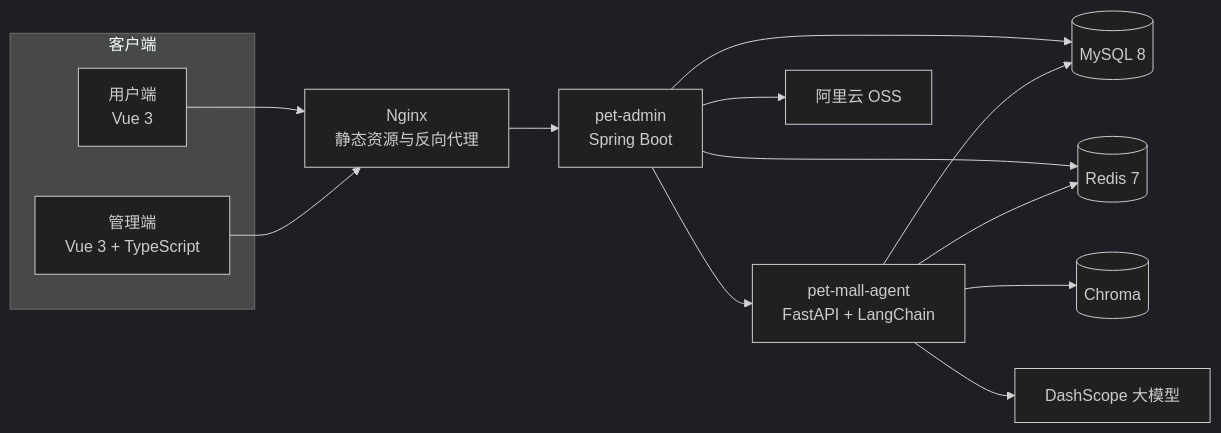
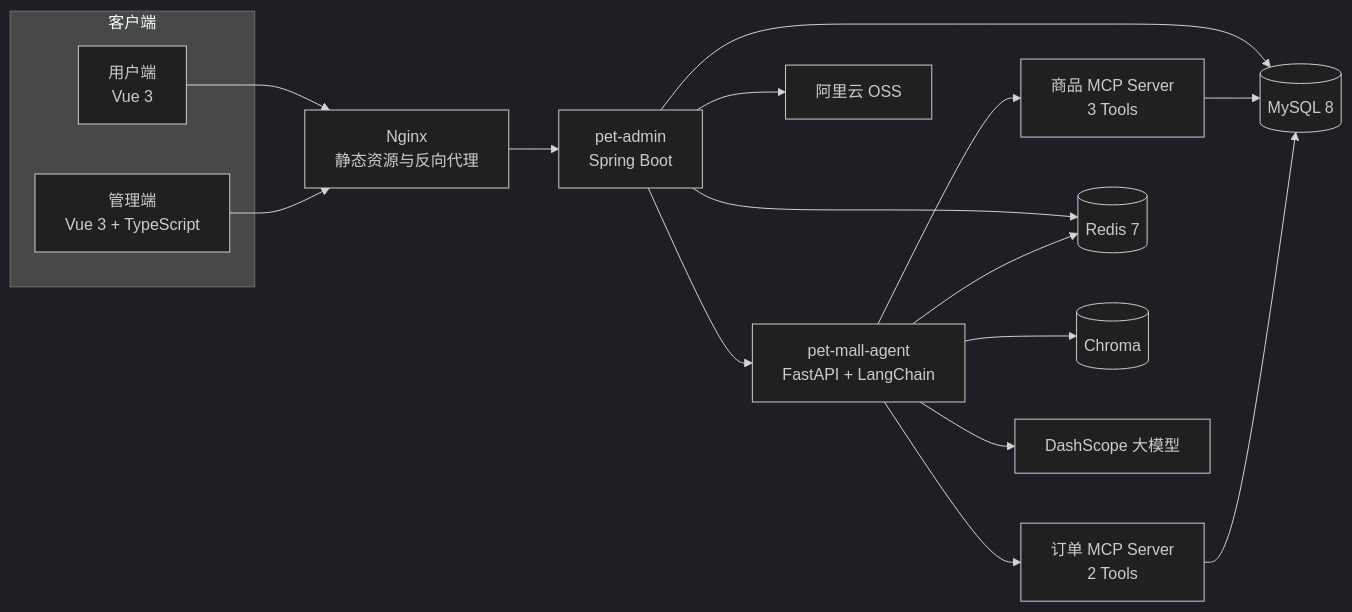
Before and after one commit to zoupingan/pet-mall: the first of 3 diagrams in README.md, drawn with Mermaid (dark theme). The commit also changed other lines of this file, not shown here.

Commit message:
docs: document RAG MCP and trace improvements

````diff
--- a/README.md
+++ b/README.md
@@ -96,28 +99,33 @@
 ```mermaid
 flowchart LR
     subgraph Client["客户端"]
         U["用户端<br/>Vue 3"]
         A["管理端<br/>Vue 3 + TypeScript"]
     end
 
     N["Nginx<br/>静态资源与反向代理"]
     B["pet-admin<br/>Spring Boot"]
     G["pet-mall-agent<br/>FastAPI + LangChain"]
+    PM["商品 MCP Server<br/>3 Tools"]
+    OM["订单 MCP Server<br/>2 Tools"]
     M[("MySQL 8")]
     R[("Redis 7")]
     C[("Chroma")]
     D["DashScope 大模型"]
     O["阿里云 OSS"]
 
     U --> N
     A --> N
     N --> B
     B --> M
     B --> R
     B --> O
     B --> G
-    G --> M
+    G --> PM
+    G --> OM
+    PM --> M
+    OM --> M
     G --> R
     G --> C
     G --> D
 ```
````
